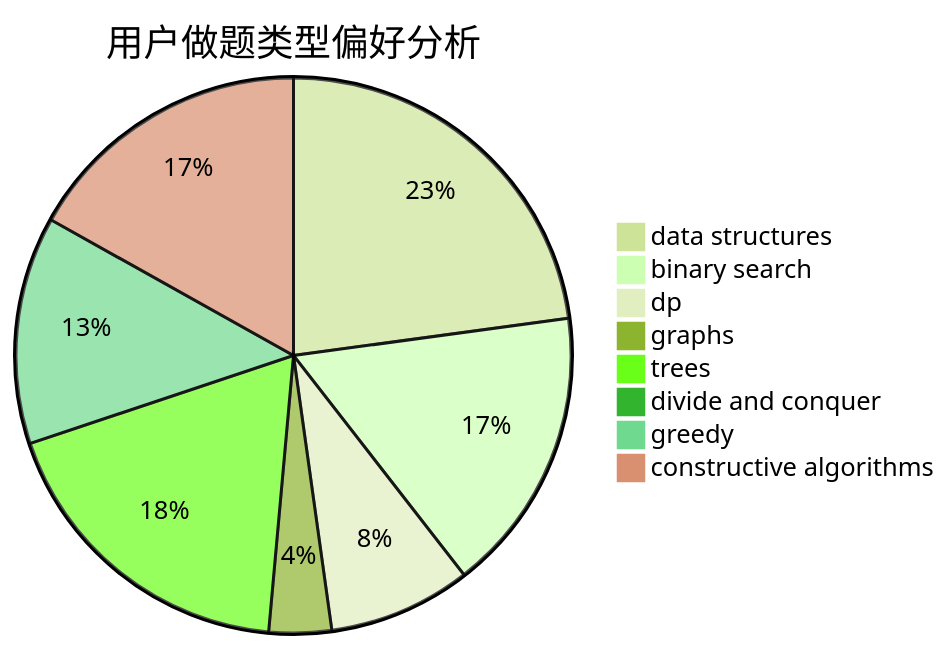
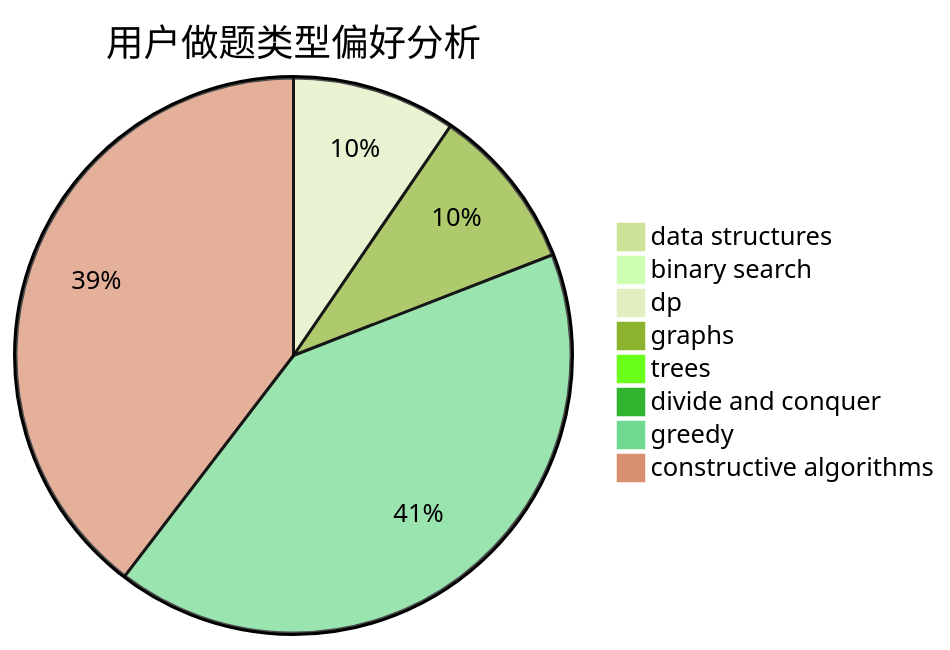
One commit to sherpahu/cfrs.github.io changed the second of 3 diagrams in docs/user/u1382.md. Above: the diagram before and after it, drawn with Mermaid (forest theme). The commit also changed other lines of this file and 2770 other files, not shown here.

````diff
--- a/docs/user/u1382.md
+++ b/docs/user/u1382.md
@@ -23,11 +23,11 @@
 ```mermaid
 pie title 用户做题类型偏好分析
-    "data structures" :  88
-    "binary search" :  64
-    "dp" :  32
-    "graphs" :  14
-    "trees" :  71
+    "data structures" :  0
+    "binary search" :  1
+    "dp" :  34
+    "graphs" :  34
+    "trees" :  0
     "divide and conquer" :  0
-    "greedy" :  51
-    "constructive algorithms" :  65
+    "greedy" :  147
+    "constructive algorithms" :  141
 ```
````
